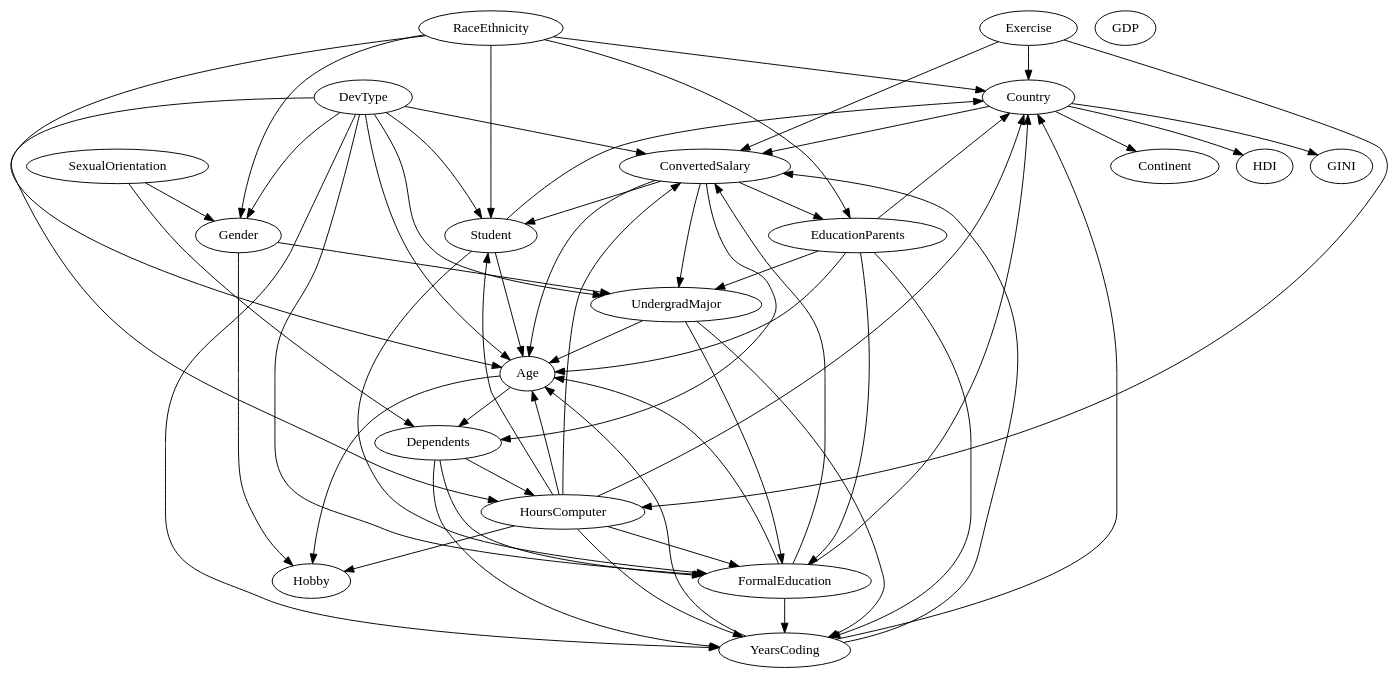
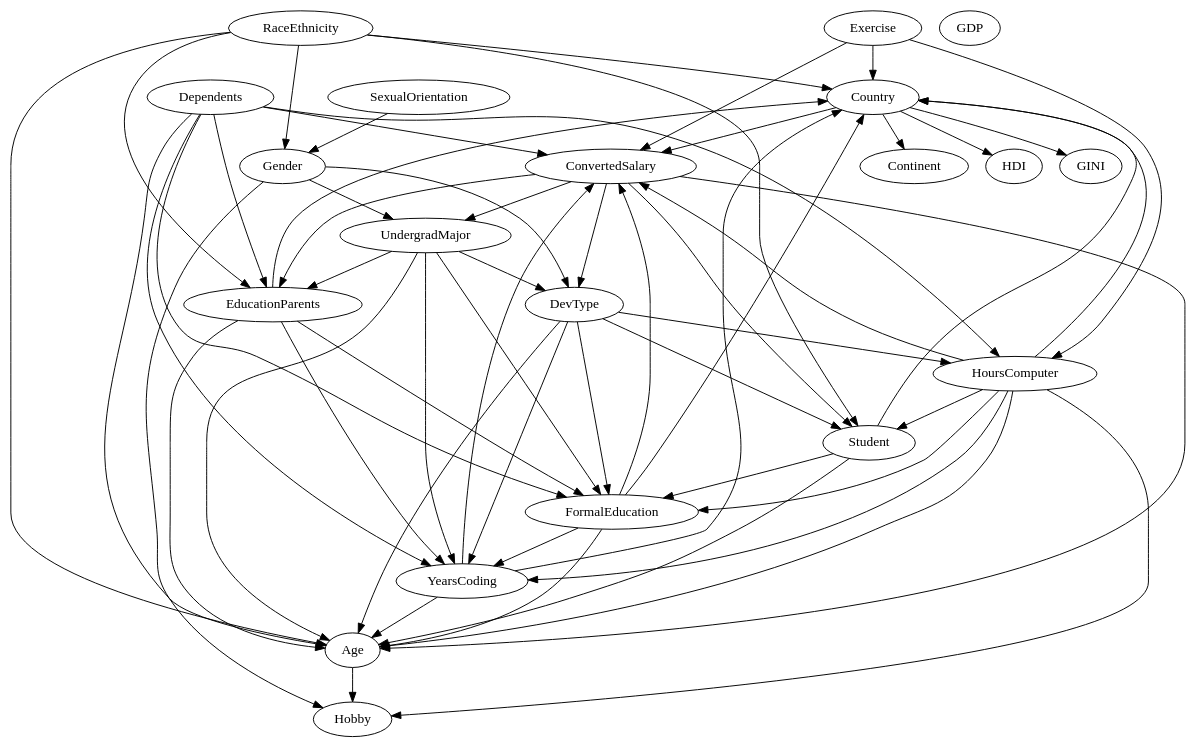
Before and after one commit to bentondecusin/FairCAP: the diagram in data/stackoverflow/pc_chisq/pc_chisq.dot, drawn with Graphviz.

Commit message:
Rerun PC; prohibit cycle

```diff
--- a/data/stackoverflow/pc_chisq/pc_chisq.dot
+++ b/data/stackoverflow/pc_chisq/pc_chisq.dot
@@ -1,64 +1,64 @@
 digraph SO_PC_CHISQ_DAG {
 	graph [bb="0,0,0,0"];
 	node [label="\N"];
 	Country -> Continent;
 	Country -> ConvertedSalary;
 	Country -> HDI;
 	Country -> GINI;
 	Student -> Country;
 	Student -> FormalEducation;
 	Student -> Age;
 	FormalEducation -> Country;
 	FormalEducation -> YearsCoding;
 	FormalEducation -> Age;
 	FormalEducation -> ConvertedSalary;
 	UndergradMajor -> FormalEducation;
+	UndergradMajor -> DevType;
 	UndergradMajor -> YearsCoding;
+	UndergradMajor -> EducationParents;
 	UndergradMajor -> Age;
 	DevType -> Student;
 	DevType -> FormalEducation;
-	DevType -> UndergradMajor;
 	DevType -> YearsCoding;
 	DevType -> HoursComputer;
-	DevType -> Gender;
 	DevType -> Age;
-	DevType -> ConvertedSalary;
 	YearsCoding -> Country;
 	YearsCoding -> Age;
 	YearsCoding -> ConvertedSalary;
 	HoursComputer -> Hobby;
 	HoursComputer -> Country;
 	HoursComputer -> Student;
 	HoursComputer -> FormalEducation;
 	HoursComputer -> YearsCoding;
 	HoursComputer -> Age;
 	HoursComputer -> ConvertedSalary;
 	Exercise -> Country;
 	Exercise -> HoursComputer;
 	Exercise -> ConvertedSalary;
 	Gender -> Hobby;
 	Gender -> UndergradMajor;
+	Gender -> DevType;
 	SexualOrientation -> Gender;
-	SexualOrientation -> Dependents;
 	EducationParents -> Country;
 	EducationParents -> FormalEducation;
-	EducationParents -> UndergradMajor;
 	EducationParents -> YearsCoding;
 	EducationParents -> Age;
 	RaceEthnicity -> Country;
 	RaceEthnicity -> Student;
 	RaceEthnicity -> Gender;
 	RaceEthnicity -> EducationParents;
 	RaceEthnicity -> Age;
 	Dependents -> FormalEducation;
 	Dependents -> YearsCoding;
 	Dependents -> HoursComputer;
+	Dependents -> EducationParents;
+	Dependents -> Age;
+	Dependents -> ConvertedSalary;
 	Age -> Hobby;
-	Age -> Dependents;
 	ConvertedSalary -> Student;
 	ConvertedSalary -> UndergradMajor;
+	ConvertedSalary -> DevType;
 	ConvertedSalary -> EducationParents;
-	ConvertedSalary -> Dependents;
 	ConvertedSalary -> Age;
 	GDP;
 }
```
